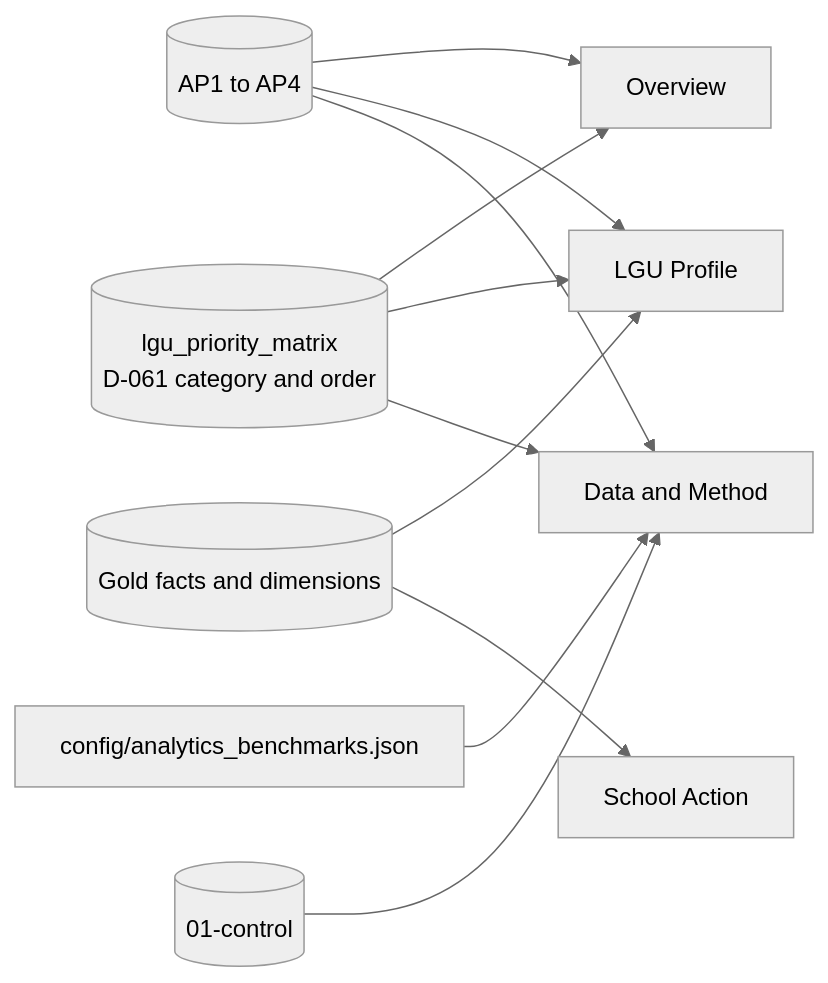
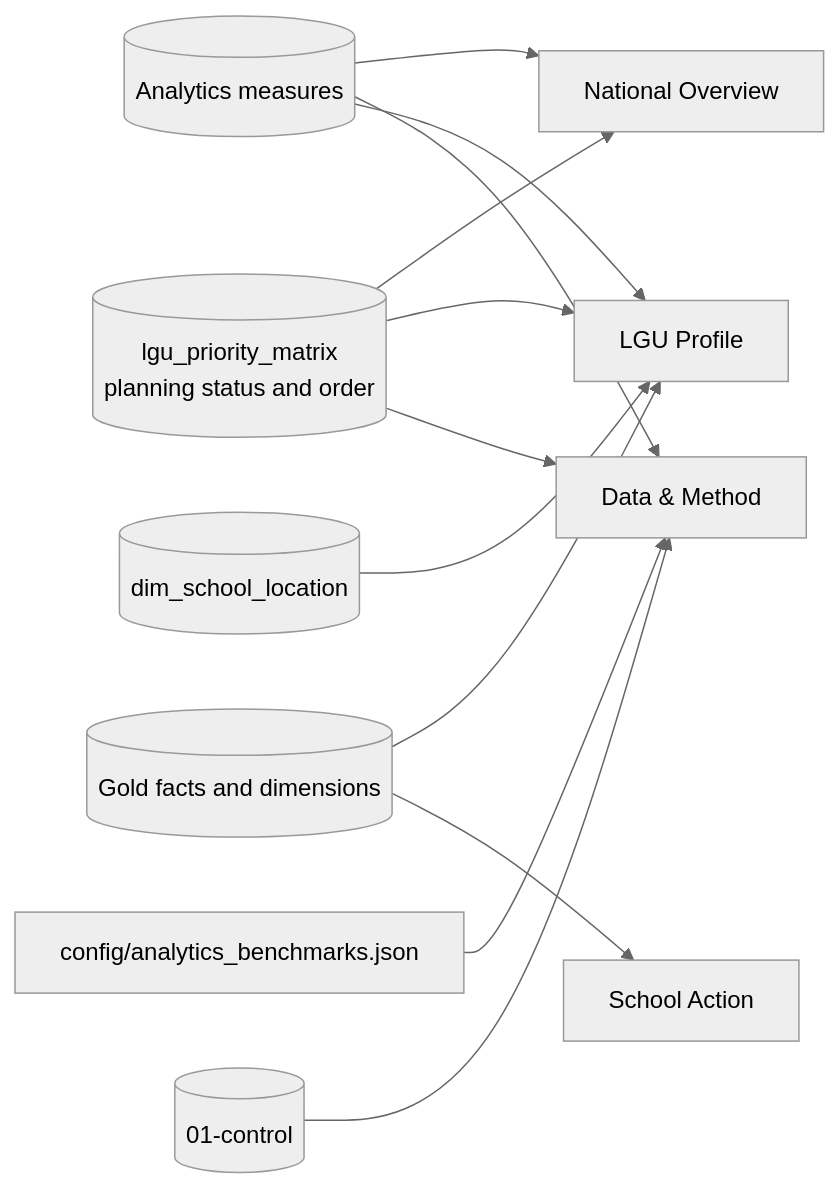
The second of 2 diagrams in dashboards/README.md (hyenalouise/edu-access-sandbox), drawn with Mermaid (neutral theme) before and after one commit. The commit also changed other lines of this file and 2 other files, not shown here.

````diff
--- a/dashboards/README.md
+++ b/dashboards/README.md
@@ -87,9 +87,10 @@
 ```mermaid
 flowchart LR
-    matrix[(lgu_priority_matrix<br/>D-061 category and order)] --> ov[Overview]
-    aps[(AP1 to AP4)] --> ov & pr[LGU Profile] & dm[Data and Method]
+    matrix[(lgu_priority_matrix<br/>planning status and order)] --> ov[National Overview]
+    aps[(Analytics measures)] --> ov & pr[LGU Profile] & dm[Data & Method]
     matrix --> pr & dm
     gold[(Gold facts and dimensions)] --> pr & sa[School Action]
+    loc[(dim_school_location)] --> pr
     refs[config/analytics_benchmarks.json] --> dm
     control[(01-control)] --> dm
 ```
````
